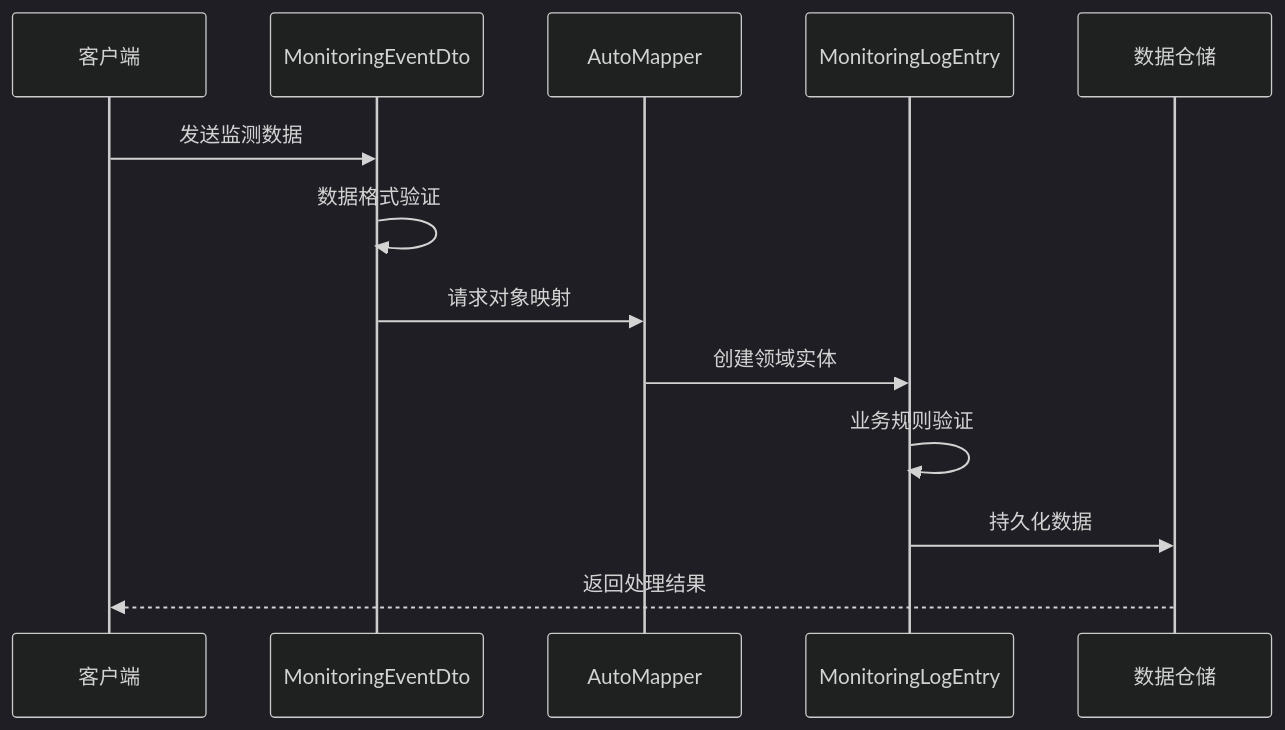
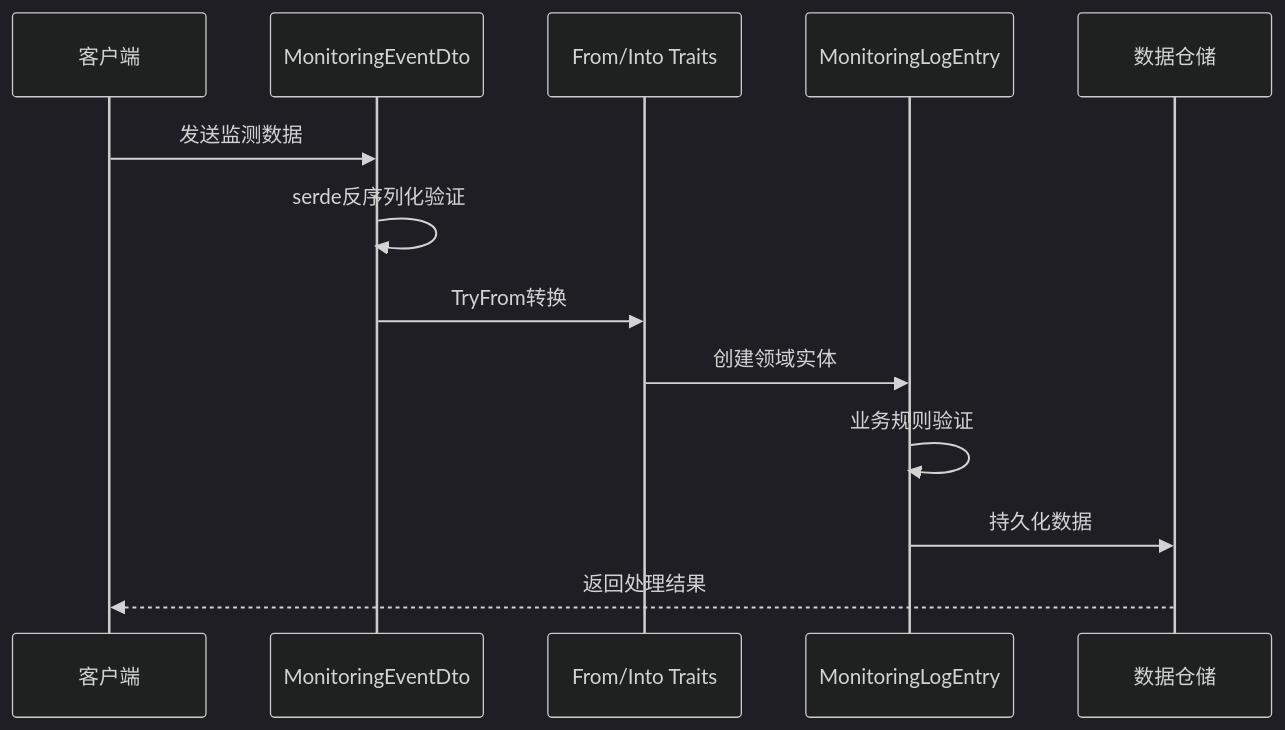
One commit to lornshrimp/Lorn.ADSP.Rust changed the tenth of 10 diagrams in docs_TecDesign/广告投放引擎/广告效果监测服务设计/广告效果监测服务数据结构设计.md. Above: the diagram before and after it, drawn with Mermaid (dark theme). The commit also changed other lines of this file and 8 other files, not shown here.

````diff
--- a/docs_TecDesign/广告投放引擎/广告效果监测服务设计/广告效果监测服务数据结构设计.md
+++ b/docs_TecDesign/广告投放引擎/广告效果监测服务设计/广告效果监测服务数据结构设计.md
@@ -714,16 +3780,16 @@
 ```mermaid
 sequenceDiagram
     participant Client as 客户端
     participant DTO as MonitoringEventDto
-    participant Mapper as AutoMapper
+    participant Traits as From/Into Traits
     participant Entity as MonitoringLogEntry
     participant Repository as 数据仓储
     
     Client->>DTO: 发送监测数据
-    DTO->>DTO: 数据格式验证
-    DTO->>Mapper: 请求对象映射
-    Mapper->>Entity: 创建领域实体
+    DTO->>DTO: serde反序列化验证
+    DTO->>Traits: TryFrom转换
+    Traits->>Entity: 创建领域实体
     Entity->>Entity: 业务规则验证
     Entity->>Repository: 持久化数据
     Repository-->>Client: 返回处理结果
 ```
````
